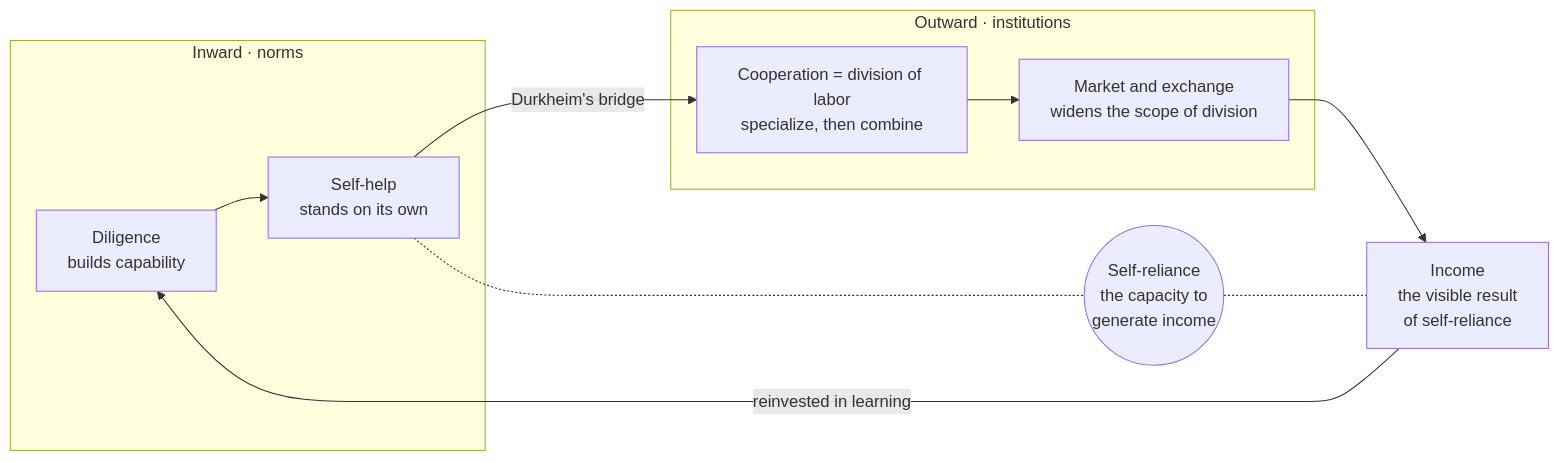
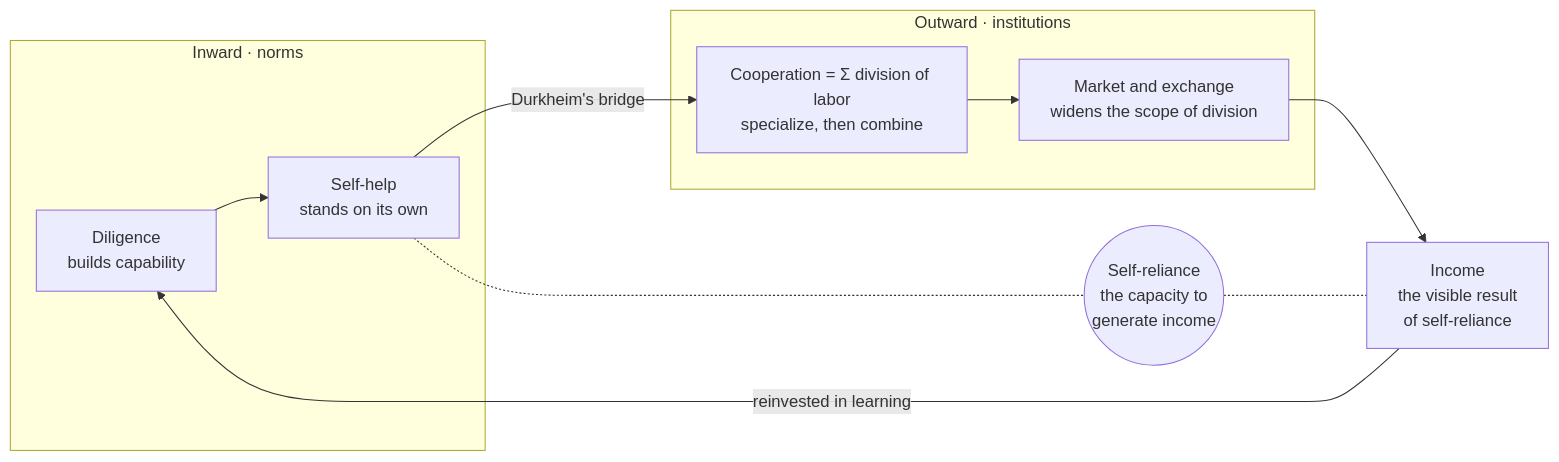
The diagram in README.md (walktothemoone-creator/saemaul), drawn with Mermaid before and after one commit. The commit also changed other lines of this file and 3 other files, not shown here.

Commit message:
docs: derive cooperation from the division of labor instead of equating them

````diff
--- a/README.md
+++ b/README.md
@@ -59,15 +66,15 @@
 ```mermaid
 flowchart LR
     subgraph inward["Inward · norms"]
         A["Diligence<br/>builds capability"] --> B["Self-help<br/>stands on its own"]
     end
     subgraph outward["Outward · institutions"]
-        C["Cooperation = division of labor<br/>specialize, then combine"] --> D["Market and exchange<br/>widens the scope of division"]
+        C["Cooperation = Σ division of labor<br/>specialize, then combine"] --> D["Market and exchange<br/>widens the scope of division"]
     end
     B -->|"Durkheim's bridge"| C
     D --> E["Income<br/>the visible result<br/>of self-reliance"]
     E -->|"reinvested in learning"| A
     F(("Self-reliance<br/>the capacity to<br/>generate income"))
     B -.- F
     F -.- E
 ```
````
